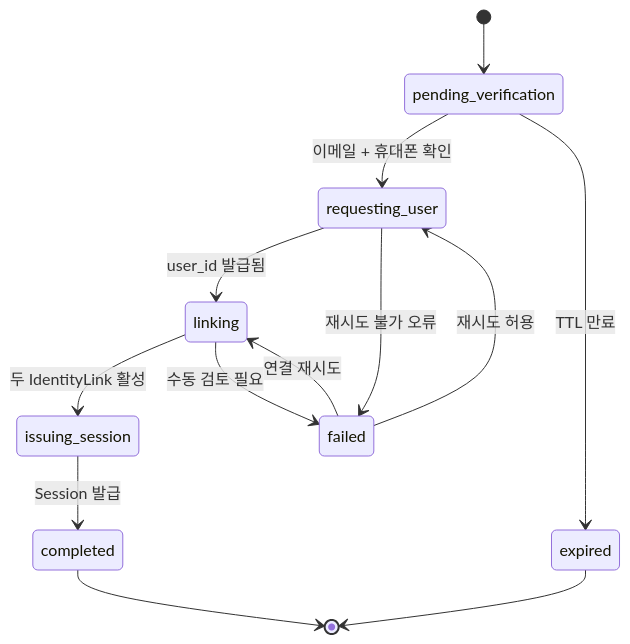
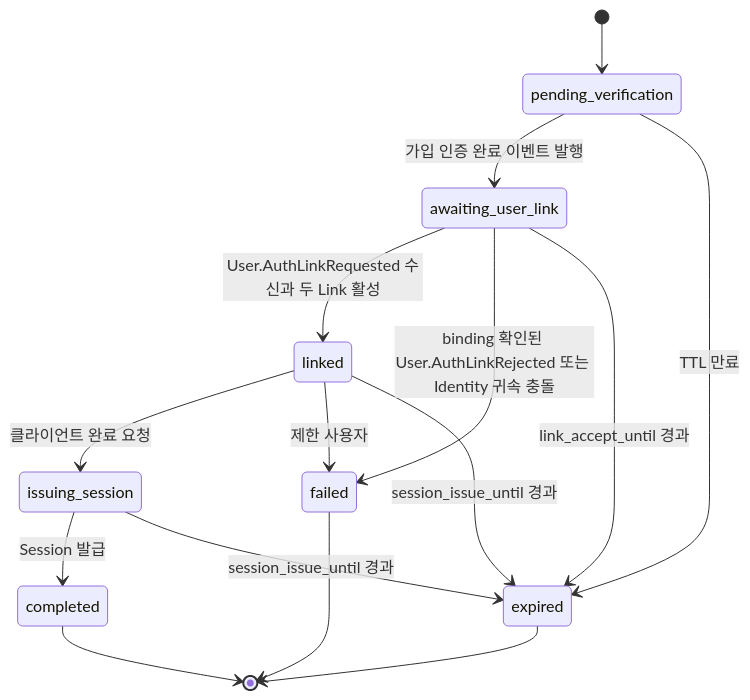
The fifth of 7 diagrams in blueprint/50-service-design/A_300_auth/A_300_10-domain-model/SD_A_30010_auth_domain_model.md (Medikong/archive), drawn with Mermaid before and after one commit. The commit also changed other lines of this file and 107 other files, not shown here.

Commit message:
docs(auth): expand auth and user service design

````diff
--- a/blueprint/50-service-design/A_300_auth/A_300_10-domain-model/SD_A_30010_auth_domain_model.md
+++ b/blueprint/50-service-design/A_300_auth/A_300_10-domain-model/SD_A_30010_auth_domain_model.md
@@ -383,15 +399,17 @@
 ```mermaid
 stateDiagram-v2
     [*] --> pending_verification
-    pending_verification --> requesting_user: 이메일 + 휴대폰 확인
-    requesting_user --> linking: user_id 발급됨
-    linking --> issuing_session: 두 IdentityLink 활성
+    pending_verification --> awaiting_user_link: 가입 인증 완료 이벤트 발행
+    awaiting_user_link --> linked: User.AuthLinkRequested 수신과 두 Link 활성
+    linked --> issuing_session: 클라이언트 완료 요청
     issuing_session --> completed: Session 발급
     pending_verification --> expired: TTL 만료
-    requesting_user --> failed: 재시도 불가 오류
-    linking --> failed: 수동 검토 필요
-    failed --> requesting_user: 재시도 허용
-    failed --> linking: 연결 재시도
+    awaiting_user_link --> failed: binding 확인된 User.AuthLinkRejected 또는 Identity 귀속 충돌
+    awaiting_user_link --> expired: link_accept_until 경과
+    linked --> failed: 제한 사용자
+    linked --> expired: session_issue_until 경과
+    issuing_session --> expired: session_issue_until 경과
     completed --> [*]
+    failed --> [*]
     expired --> [*]
 ```
````
